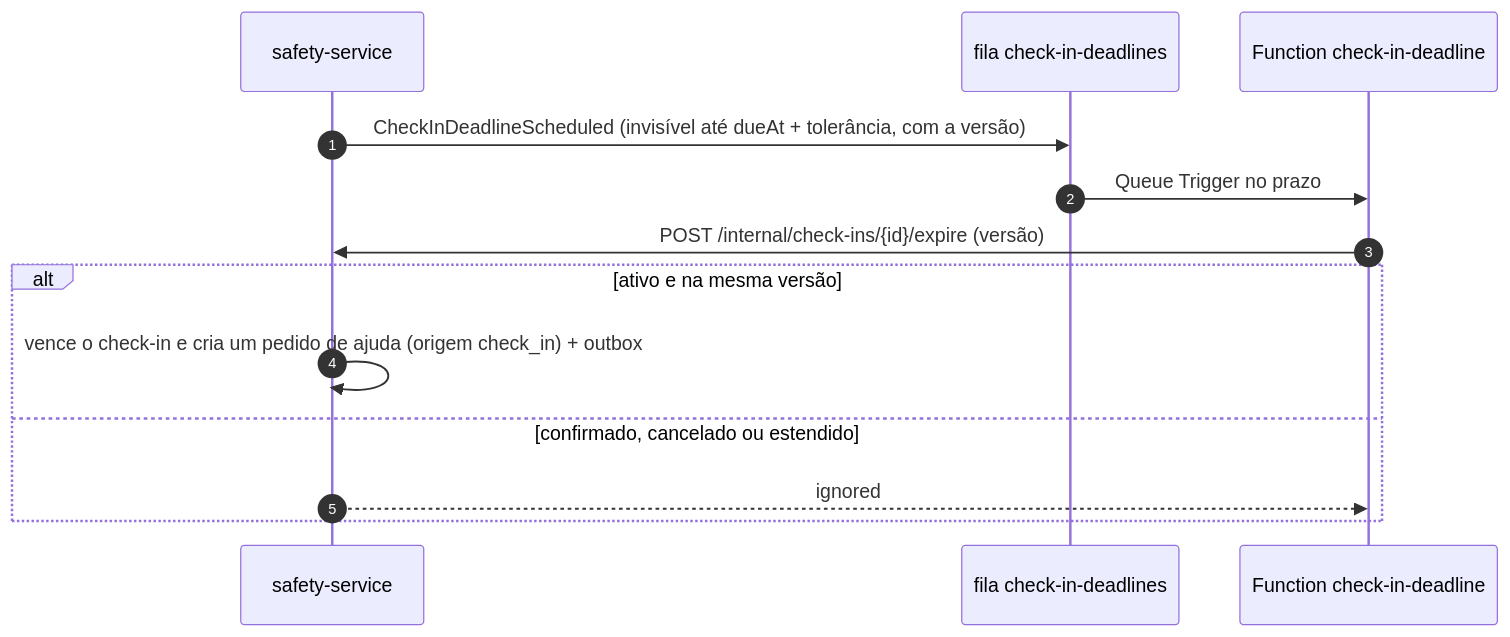
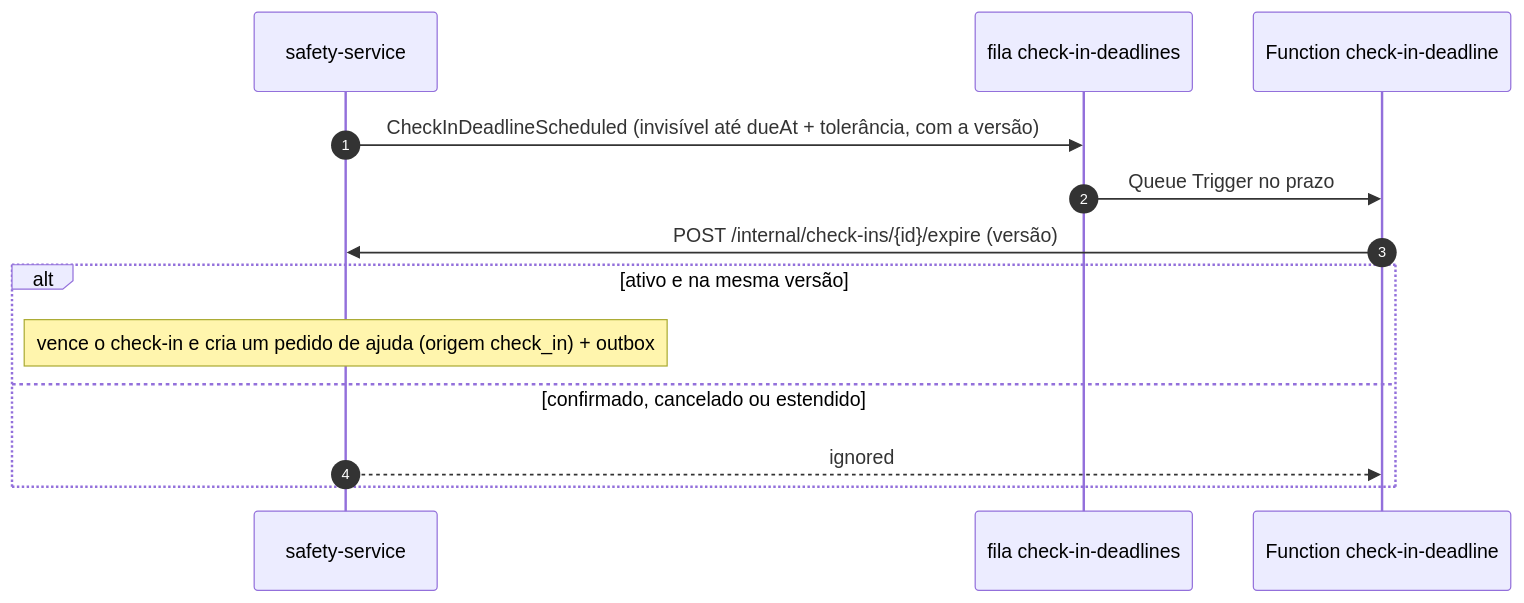
Before and after one commit to Carloslgp/Ghosty_App_Web: the third of 4 diagrams in ghosty-docs/arc42/arc42.md, drawn with Mermaid. The commit also changed other lines of this file and 3 other files, not shown here.

First line of the commit message:
docs(DOC-05): diagramas do C4 e de sequência sem sobreposição no PDF

````diff
--- a/ghosty-docs/arc42/arc42.md
+++ b/ghosty-docs/arc42/arc42.md
@@ -179,15 +179,15 @@
 ```mermaid
 sequenceDiagram
   autonumber
   participant S as safety-service
   participant Q as fila check-in-deadlines
   participant FN as Function check-in-deadline
   S->>Q: CheckInDeadlineScheduled (invisível até dueAt + tolerância, com a versão)
   Q->>FN: Queue Trigger no prazo
   FN->>S: POST /internal/check-ins/{id}/expire (versão)
   alt ativo e na mesma versão
-    S->>S: vence o check-in e cria um pedido de ajuda (origem check_in) + outbox
+    Note over S: vence o check-in e cria um pedido de ajuda (origem check_in) + outbox
   else confirmado, cancelado ou estendido
     S-->>FN: ignored
   end
 ```
````
